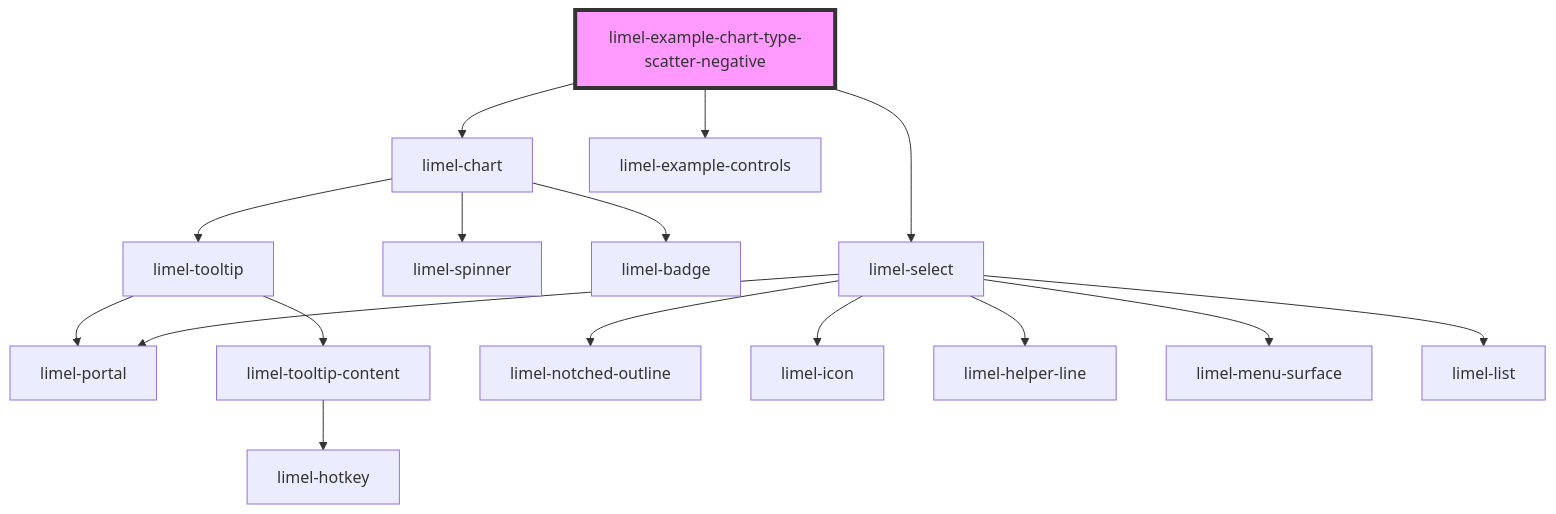
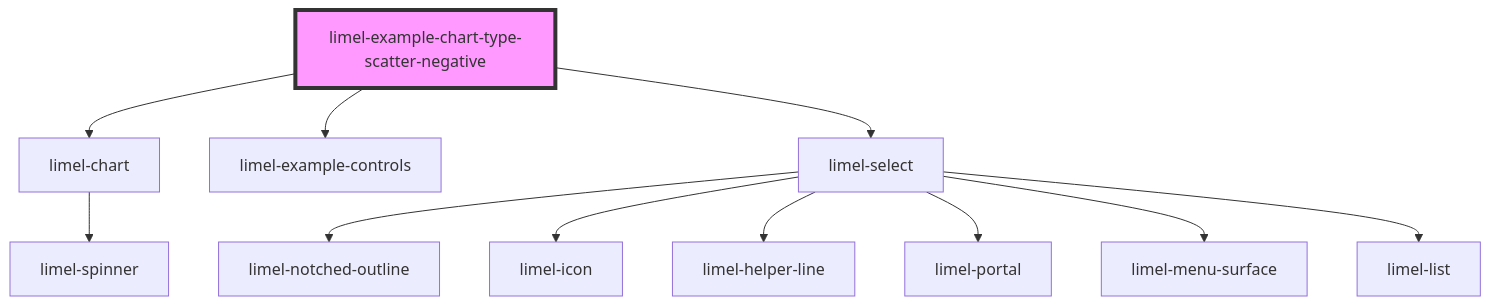
The diagram in versions/PR-4473/markdown-docs/components/chart/examples/readme.md (Lundalogik/lime-elements), drawn with Mermaid before and after one commit. The commit also changed 614 other files, not shown here.

````diff
--- a/versions/PR-4473/markdown-docs/components/chart/examples/readme.md
+++ b/versions/PR-4473/markdown-docs/components/chart/examples/readme.md
@@ -25,19 +25,14 @@
 ```mermaid
 graph TD;
   limel-example-chart-type-scatter-negative --> limel-chart
   limel-example-chart-type-scatter-negative --> limel-example-controls
   limel-example-chart-type-scatter-negative --> limel-select
   limel-chart --> limel-spinner
-  limel-chart --> limel-badge
-  limel-chart --> limel-tooltip
-  limel-tooltip --> limel-portal
-  limel-tooltip --> limel-tooltip-content
-  limel-tooltip-content --> limel-hotkey
   limel-select --> limel-notched-outline
   limel-select --> limel-icon
   limel-select --> limel-helper-line
   limel-select --> limel-portal
   limel-select --> limel-menu-surface
   limel-select --> limel-list
   style limel-example-chart-type-scatter-negative fill:#f9f,stroke:#333,stroke-width:4px
 ```
````
